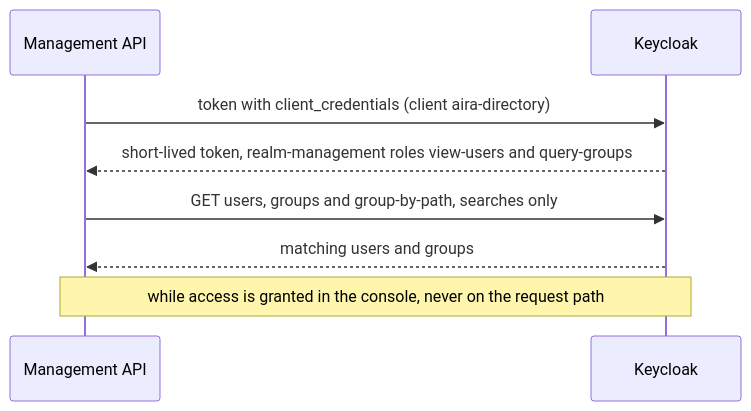
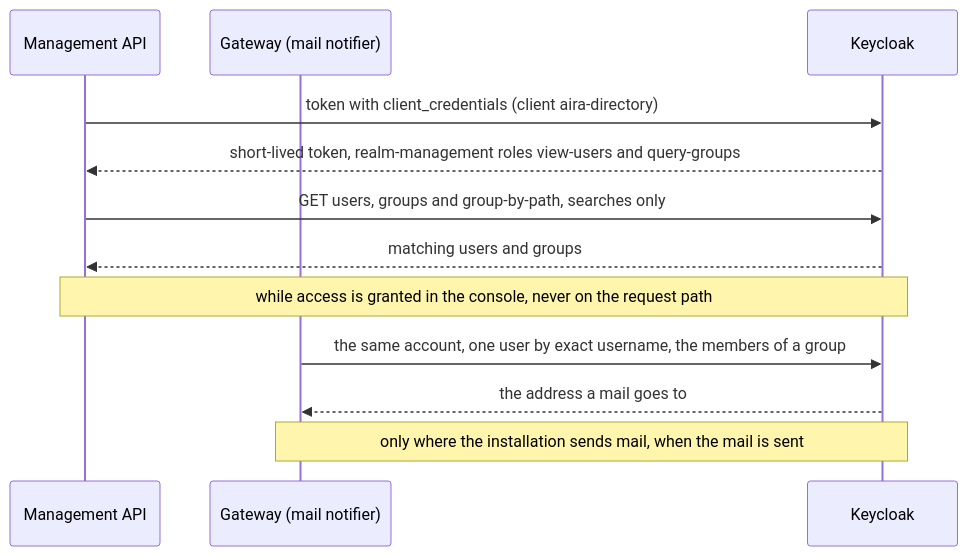
One commit to InigoImago/AIRA-Gateway changed diagram 13 of 13 in docs/ARCHITECTURE.md. Above: the diagram before and after it, drawn with Mermaid. The commit also changed other lines of this file and 44 other files, not shown here.

````diff
--- a/docs/ARCHITECTURE.md
+++ b/docs/ARCHITECTURE.md
@@ -1148,10 +1205,14 @@
 ```mermaid
 sequenceDiagram
     participant M as Management API
+    participant G as Gateway (mail notifier)
     participant K as Keycloak
     M->>K: token with client_credentials (client aira-directory)
     K-->>M: short-lived token, realm-management roles view-users and query-groups
     M->>K: GET users, groups and group-by-path, searches only
     K-->>M: matching users and groups
     Note over M,K: while access is granted in the console, never on the request path
+    G->>K: the same account, one user by exact username, the members of a group
+    K-->>G: the address a mail goes to
+    Note over G,K: only where the installation sends mail, when the mail is sent
 ```
````
